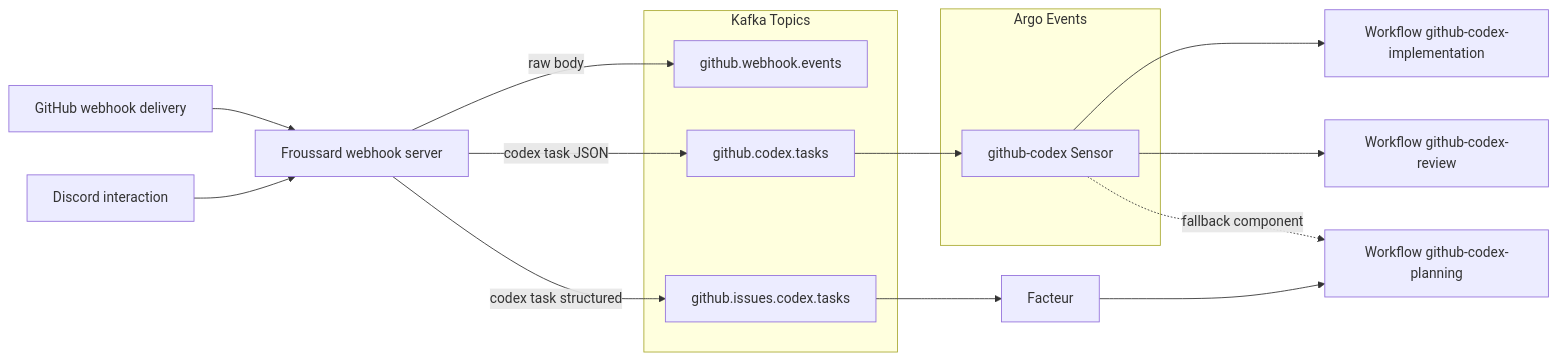
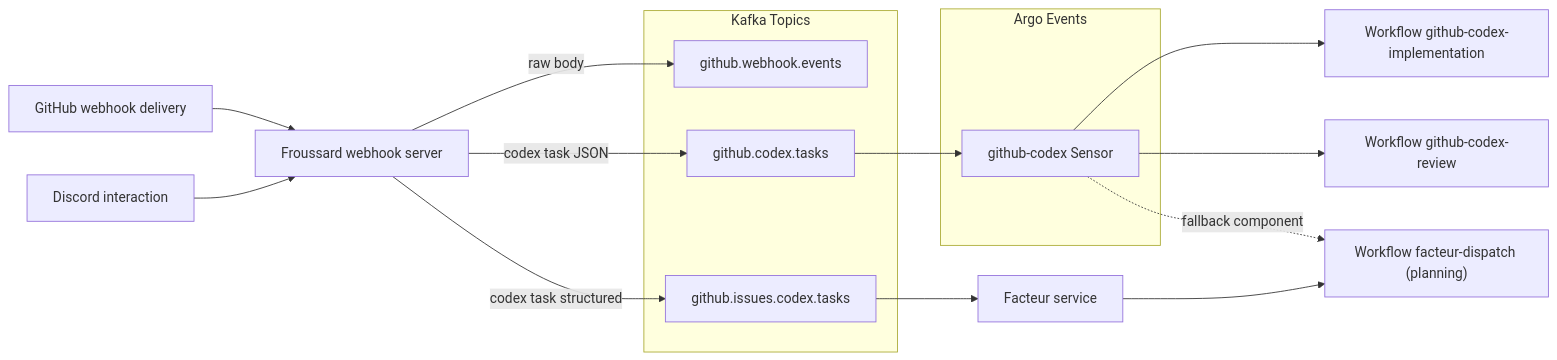
Before and after one commit to proompteng/lab: the diagram in docs/codex-workflow.md, drawn with Mermaid. The commit also changed other lines of this file and 42 other files, not shown here.

First line of the commit message:
feat: gate codex planning dispatch via facteur (#1643)

````diff
--- a/docs/codex-workflow.md
+++ b/docs/codex-workflow.md
@@ -17,22 +19,22 @@
 ```mermaid
 flowchart LR
   GH[GitHub webhook delivery] --> Froussard[Froussard webhook server]
   Discord[Discord interaction] --> Froussard
   subgraph Kafka[Kafka Topics]
     Raw[github.webhook.events]
     Tasks[github.codex.tasks]
     Structured[github.issues.codex.tasks]
   end
   Froussard -->|raw body| Raw
   Froussard -->|codex task JSON| Tasks
   Froussard -->|codex task structured| Structured
+  Structured --> Facteur[Facteur service]
   subgraph ArgoEvents[Argo Events]
     Sensor[github-codex Sensor]
   end
   Tasks --> Sensor
-  Sensor --> Implementation[Workflow github-codex-implementation]
-  Sensor --> Review[Workflow github-codex-review]
-  Structured --> Facteur
-  Facteur --> Planning[Workflow github-codex-planning]
-  Sensor -. fallback component .-> Planning
+  Facteur --> FacteurPlanning["Workflow facteur-dispatch (planning)"]
+  Sensor --> Implementation["Workflow github-codex-implementation"]
+  Sensor --> Review["Workflow github-codex-review"]
+  Sensor -. fallback component .-> FacteurPlanning
 ```
````
